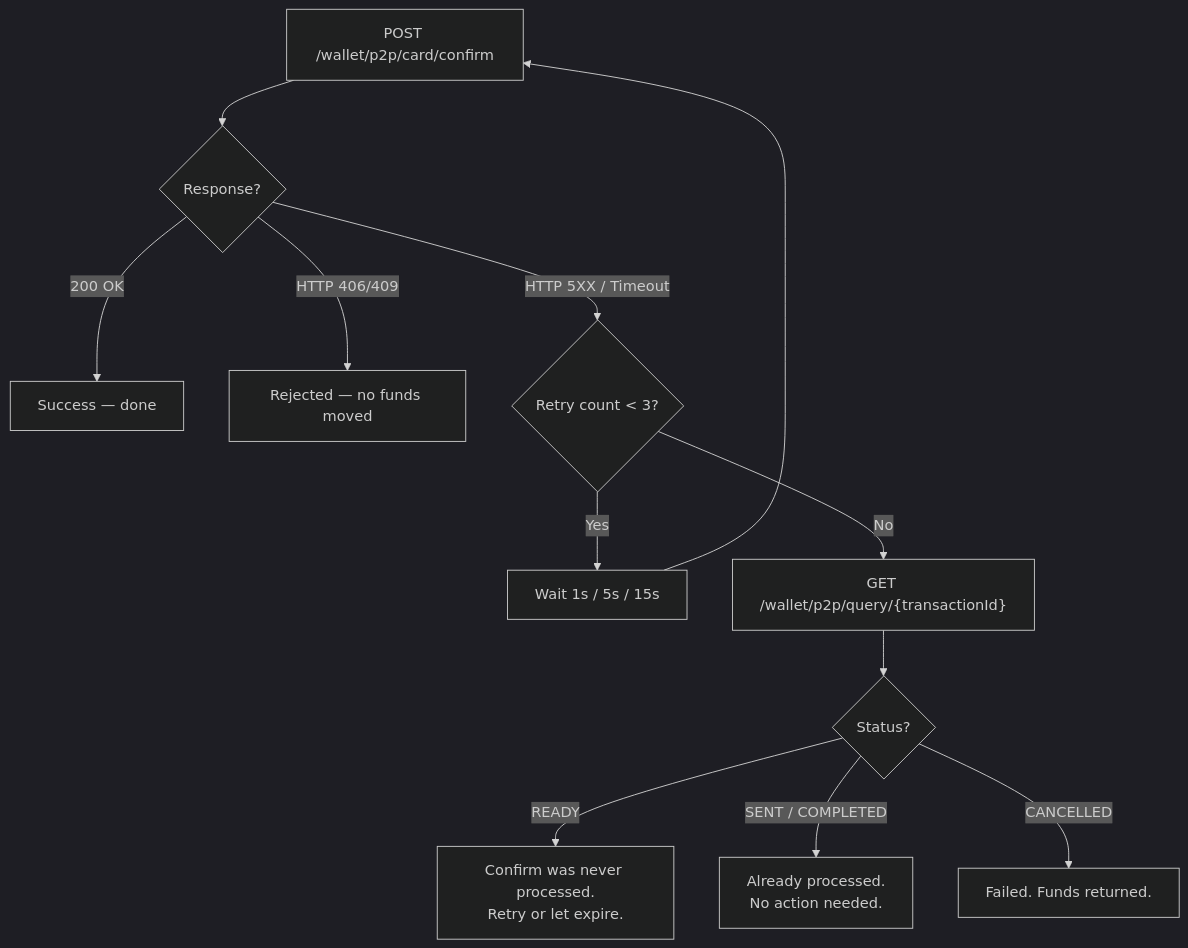
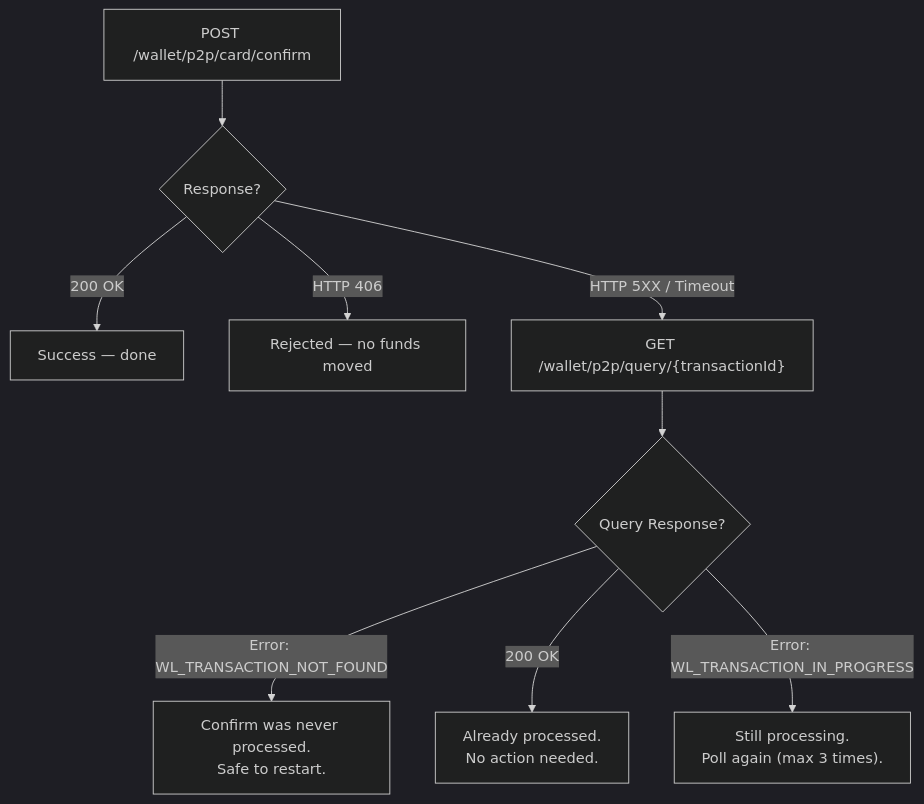
One commit to commitup/api-doc-v2 changed the diagram in docs/whitelabel-wallet-v2/confirm-retry-fallback.md. Above: the diagram before and after it, drawn with Mermaid (dark theme). The commit also changed other lines of this file and 10 other files, not shown here.

Commit message:
refactor: simplify Confirm flow by removing tenantReferenceId, updating error handling, and adding mandatory field documentation.

````diff
--- a/docs/whitelabel-wallet-v2/confirm-retry-fallback.md
+++ b/docs/whitelabel-wallet-v2/confirm-retry-fallback.md
@@ -45,14 +31,11 @@
 ```mermaid
 flowchart TD
     A["POST /wallet/p2p/card/confirm"] --> B{"Response?"}
     B -->|"200 OK"| C["Success — done"]
-    B -->|"HTTP 406/409"| D["Rejected — no funds moved"]
-    B -->|"HTTP 5XX / Timeout"| E{"Retry count < 3?"}
-    E -->|Yes| F["Wait 1s / 5s / 15s"]
-    F --> A
-    E -->|No| G["GET /wallet/p2p/query/{transactionId}"]
-    G --> H{"Status?"}
-    H -->|"READY"| I["Confirm was never processed.<br/>Retry or let expire."]
-    H -->|"SENT / COMPLETED"| J["Already processed.<br/>No action needed."]
-    H -->|"CANCELLED"| K["Failed. Funds returned."]
+    B -->|"HTTP 406"| D["Rejected — no funds moved"]
+    B -->|"HTTP 5XX / Timeout"| G["GET /wallet/p2p/query/{transactionId}"]
+    G --> H{"Query Response?"}
+    H -->|"Error: WL_TRANSACTION_NOT_FOUND"| I["Confirm was never processed.<br/>Safe to restart."]
+    H -->|"200 OK"| J["Already processed.<br/>No action needed."]
+    H -->|"Error: WL_TRANSACTION_IN_PROGRESS"| K["Still processing.<br/>Poll again (max 3 times)."]
 ```
````
